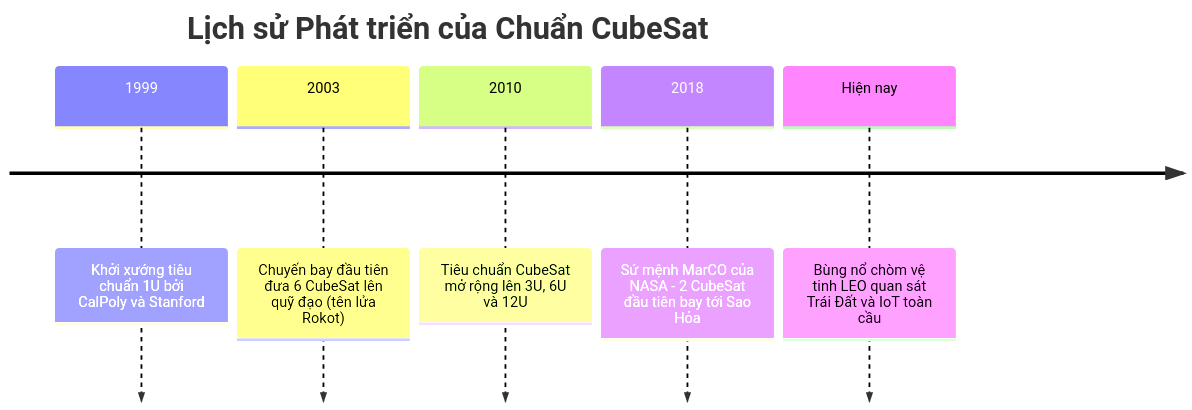
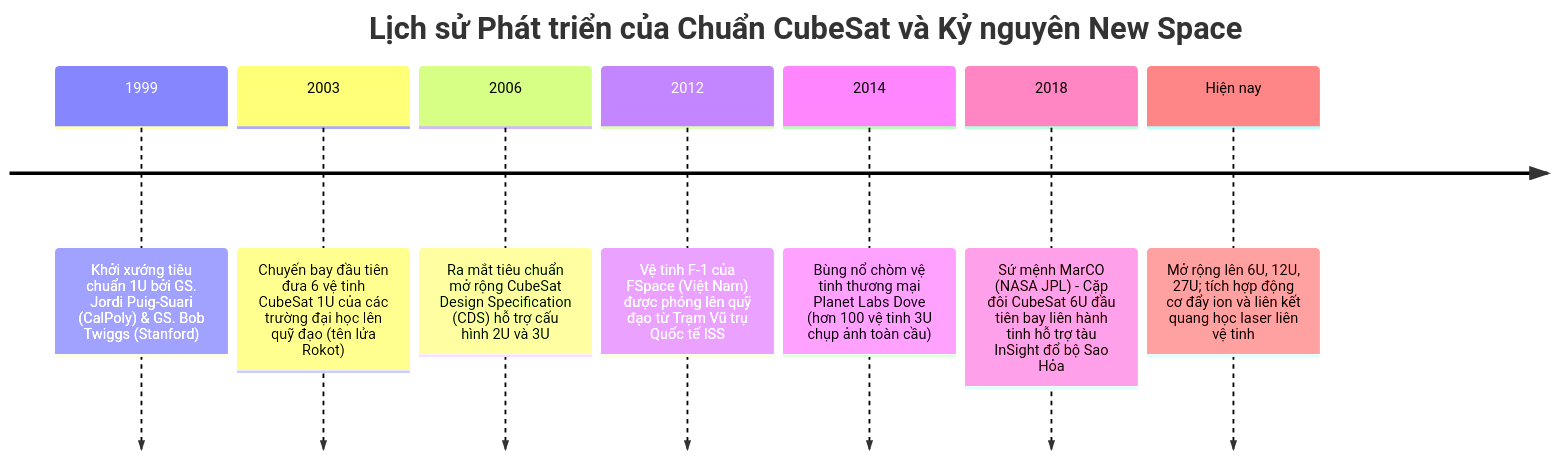
The first of 7 diagrams in server/data/docs/lab0-intro.md (Brauuwu/PTIT-CubeSat_LMS), drawn with Mermaid before and after one commit. The commit also changed other lines of this file and 22 other files, not shown here.

````diff
--- a/server/data/docs/lab0-intro.md
+++ b/server/data/docs/lab0-intro.md
@@ -15,9 +17,11 @@
 ```mermaid
 timeline
-    title Lịch sử Phát triển của Chuẩn CubeSat
-    1999 : Khởi xướng tiêu chuẩn 1U bởi CalPoly và Stanford
-    2003 : Chuyến bay đầu tiên đưa 6 CubeSat lên quỹ đạo (tên lửa Rokot)
-    2010 : Tiêu chuẩn CubeSat mở rộng lên 3U, 6U và 12U
-    2018 : Sứ mệnh MarCO của NASA - 2 CubeSat đầu tiên bay tới Sao Hỏa
-    Hiện nay : Bùng nổ chòm vệ tinh LEO quan sát Trái Đất và IoT toàn cầu
+    title Lịch sử Phát triển của Chuẩn CubeSat và Kỷ nguyên New Space
+    1999 : Khởi xướng tiêu chuẩn 1U bởi GS. Jordi Puig-Suari (CalPoly) & GS. Bob Twiggs (Stanford)
+    2003 : Chuyến bay đầu tiên đưa 6 vệ tinh CubeSat 1U của các trường đại học lên quỹ đạo (tên lửa Rokot)
+    2006 : Ra mắt tiêu chuẩn mở rộng CubeSat Design Specification (CDS) hỗ trợ cấu hình 2U và 3U
+    2012 : Vệ tinh F-1 của FSpace (Việt Nam) được phóng lên quỹ đạo từ Trạm Vũ trụ Quốc tế ISS
+    2014 : Bùng nổ chòm vệ tinh thương mại Planet Labs Dove (hơn 100 vệ tinh 3U chụp ảnh toàn cầu)
+    2018 : Sứ mệnh MarCO (NASA JPL) - Cặp đôi CubeSat 6U đầu tiên bay liên hành tinh hỗ trợ tàu InSight đổ bộ Sao Hỏa
+    Hiện nay : Mở rộng lên 6U, 12U, 27U; tích hợp động cơ đẩy ion và liên kết quang học laser liên vệ tinh
 ```
````
